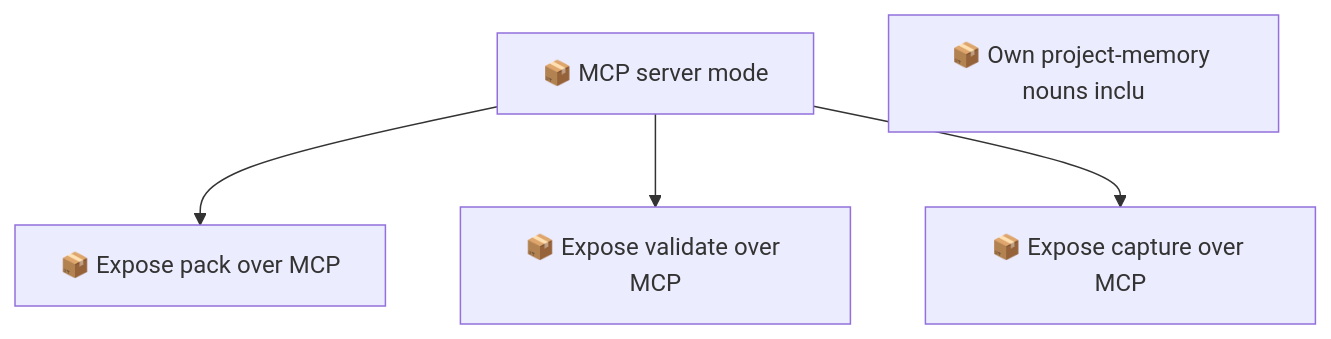
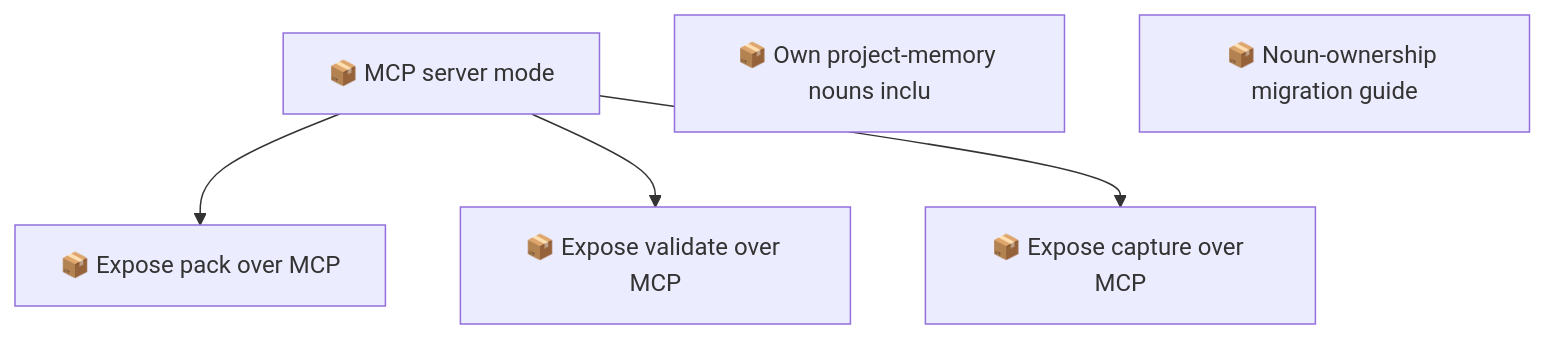
Before and after one commit to SpillwaveSolutions/project-knowledge-capture: the second of 2 diagrams in docs/roadmap.md, drawn with Mermaid. The commit also changed other lines of this file and 4 other files, not shown here.

First line of the commit message:
docs: PKC noun-ownership migration guide 01M0T3YW3CWWM9QPMKXEQQ2PR3

````diff
--- a/docs/roadmap.md
+++ b/docs/roadmap.md
@@ -74,11 +82,12 @@
 ```mermaid
 graph TD
     01KZ75NQCMYGFYRCVJATEBVBRB["📦 MCP server mode"]
     01KZ75R3EXEG4GVGRP2S9CCKZ4["📦 Expose pack over MCP"]
     01KZ75R3M6BYQ643NKDCCSEEZC["📦 Expose validate over MCP"]
     01KZ75R3S2X1G4PCTGMMSR8BWA["📦 Expose capture over MCP"]
     01M0SZFFPWEVN9YX9D9RYZ1ZC1["📦 Own project-memory nouns inclu"]
+    01M0T3YW3CWWM9QPMKXEQQ2PR3["📦 Noun-ownership migration guide"]
     01KZ75NQCMYGFYRCVJATEBVBRB --> 01KZ75R3EXEG4GVGRP2S9CCKZ4
     01KZ75NQCMYGFYRCVJATEBVBRB --> 01KZ75R3M6BYQ643NKDCCSEEZC
     01KZ75NQCMYGFYRCVJATEBVBRB --> 01KZ75R3S2X1G4PCTGMMSR8BWA
 ```
````
